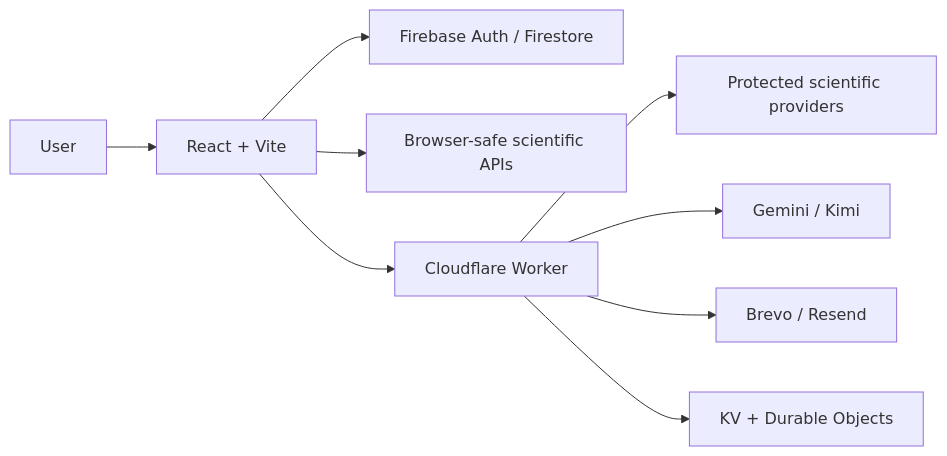
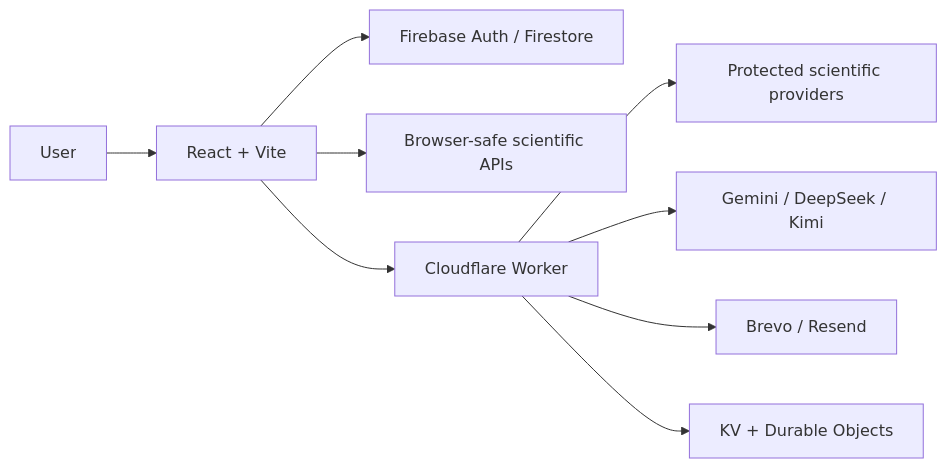
The first of 2 diagrams in docs/ARCHITECTURE.md (mugar123/papertok), drawn with Mermaid before and after one commit. The commit also changed other lines of this file and 7 other files, not shown here.

First line of the commit message:
feat(worker): DeepSeek en NVIDIA como eslabón intermedio de la cadena de IA

````diff
--- a/docs/ARCHITECTURE.md
+++ b/docs/ARCHITECTURE.md
@@ -8,11 +8,11 @@
 ```mermaid
 flowchart LR
     U["User"] --> UI["React + Vite"]
     UI --> F["Firebase Auth / Firestore"]
     UI --> S["Browser-safe scientific APIs"]
     UI --> W["Cloudflare Worker"]
     W --> P["Protected scientific providers"]
-    W --> AI["Gemini / Kimi"]
+    W --> AI["Gemini / DeepSeek / Kimi"]
     W --> E["Brevo / Resend"]
     W --> KV["KV + Durable Objects"]
 ```
````
